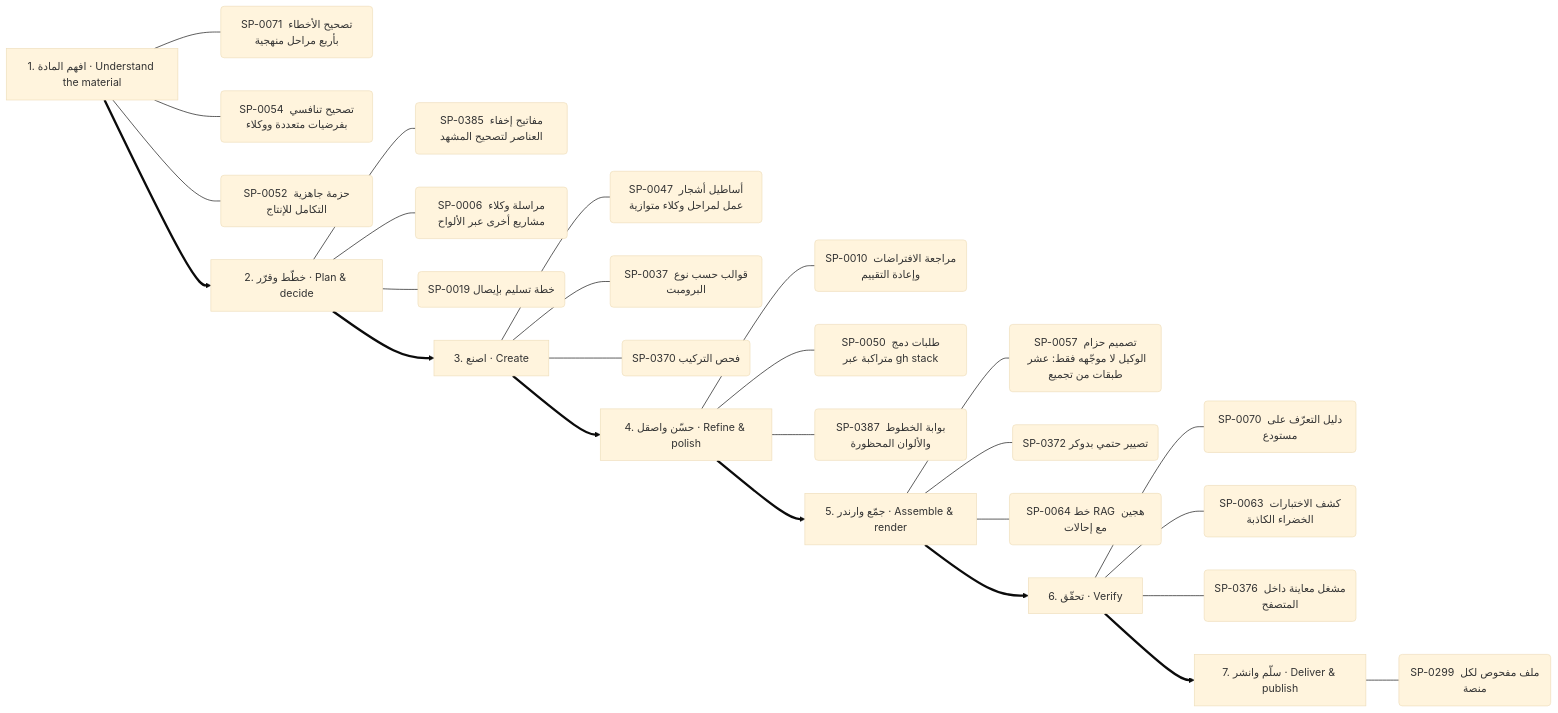
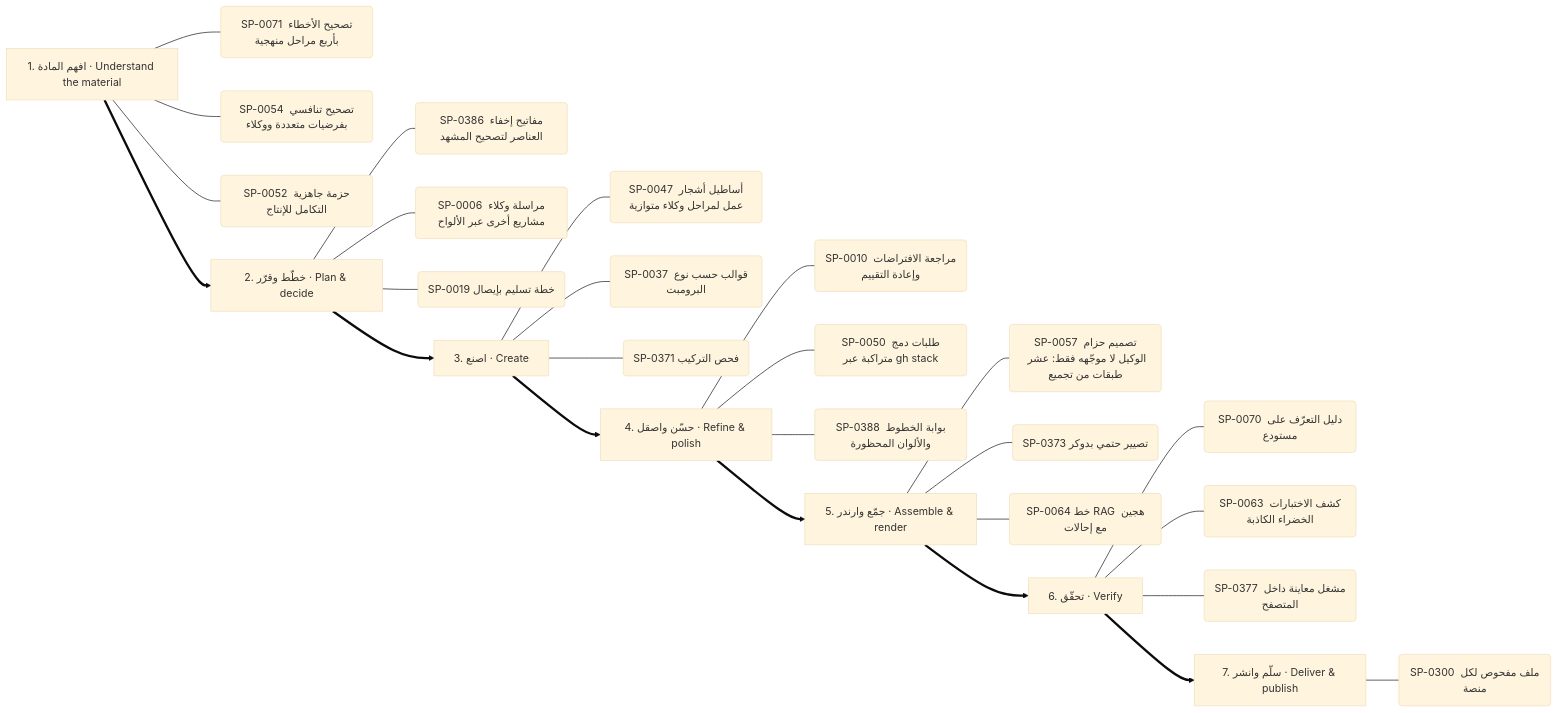
The tenth of 13 diagrams in .claude/skills/kosif-superpowers/references/capability-mindmap.md (kosif199022-jpg/kosif-tool), drawn with Mermaid (base theme) before and after one commit. The commit also changed other lines of this file and 57 other files, not shown here.

````diff
--- a/.claude/skills/kosif-superpowers/references/capability-mindmap.md
+++ b/.claude/skills/kosif-superpowers/references/capability-mindmap.md
@@ -509,35 +509,35 @@
 ```mermaid
 flowchart LR
   S0["1. افهم المادة · Understand the material"]
   S0 --- S0_0("SP-0071 تصحيح الأخطاء بأربع مراحل منهجية")
   S0 --- S0_1("SP-0054 تصحيح تنافسي بفرضيات متعددة ووكلاء")
   S0 --- S0_2("SP-0052 حزمة جاهزية التكامل للإنتاج")
   S1["2. خطّط وقرّر · Plan & decide"]
-  S1 --- S1_0("SP-0385 مفاتيح إخفاء العناصر لتصحيح المشهد")
+  S1 --- S1_0("SP-0386 مفاتيح إخفاء العناصر لتصحيح المشهد")
   S1 --- S1_1("SP-0006 مراسلة وكلاء مشاريع أخرى عبر الألواح")
   S1 --- S1_2("SP-0019 خطة تسليم بإيصال")
   S0 ==> S1
   S2["3. اصنع · Create"]
   S2 --- S2_0("SP-0047 أساطيل أشجار عمل لمراحل وكلاء متوازية")
   S2 --- S2_1("SP-0037 قوالب حسب نوع البرومبت")
-  S2 --- S2_2("SP-0370 فحص التركيب")
+  S2 --- S2_2("SP-0371 فحص التركيب")
   S1 ==> S2
   S3["4. حسّن واصقل · Refine & polish"]
   S3 --- S3_0("SP-0010 مراجعة الافتراضات وإعادة التقييم")
   S3 --- S3_1("SP-0050 طلبات دمج متراكبة عبر gh stack")
-  S3 --- S3_2("SP-0387 بوابة الخطوط والألوان المحظورة")
+  S3 --- S3_2("SP-0388 بوابة الخطوط والألوان المحظورة")
   S2 ==> S3
   S4["5. جمّع وارندر · Assemble & render"]
   S4 --- S4_0("SP-0057 تصميم حزام الوكيل لا موجّهه فقط: عشر طبقات من تجميع ")
-  S4 --- S4_1("SP-0372 تصيير حتمي بدوكر")
+  S4 --- S4_1("SP-0373 تصيير حتمي بدوكر")
   S4 --- S4_2("SP-0064 خط RAG هجين مع إحالات")
   S3 ==> S4
   S5["6. تحقّق · Verify"]
   S5 --- S5_0("SP-0070 دليل التعرّف على مستودع")
   S5 --- S5_1("SP-0063 كشف الاختبارات الخضراء الكاذبة")
-  S5 --- S5_2("SP-0376 مشغل معاينة داخل المتصفح")
+  S5 --- S5_2("SP-0377 مشغل معاينة داخل المتصفح")
   S4 ==> S5
   S6["7. سلّم وانشر · Deliver & publish"]
-  S6 --- S6_0("SP-0299 ملف مفحوص لكل منصة")
+  S6 --- S6_0("SP-0300 ملف مفحوص لكل منصة")
   S5 ==> S6
 ```
````
